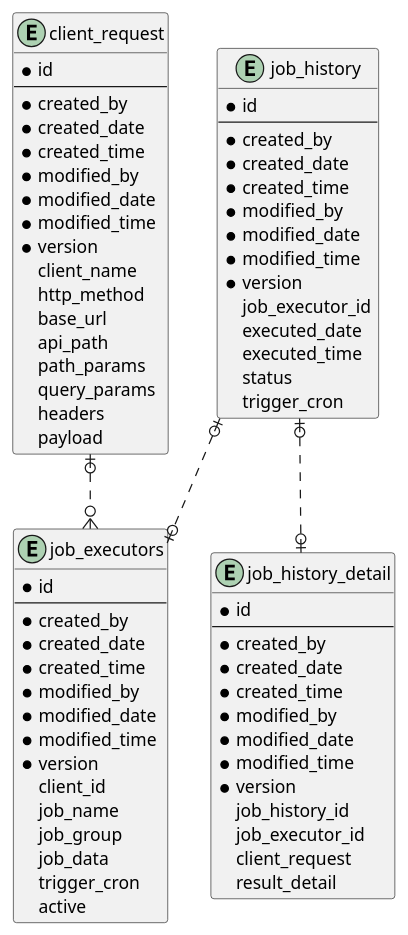
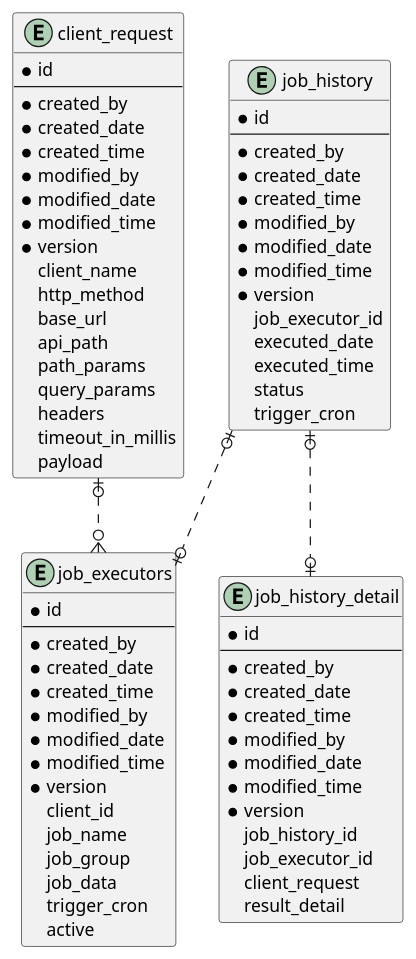
The diagram in static/erd.puml (nantaaditya/cron-scheduler), drawn with PlantUML before and after one commit. The commit also changed 17 other files, not shown here.

```diff
--- a/static/erd.puml
+++ b/static/erd.puml
@@ -1,77 +1,78 @@
 @startuml
 
 entity client_request {
   * id
   --
   * created_by
   * created_date
   * created_time
   * modified_by
   * modified_date
   * modified_time
   * version
   client_name
   http_method
   base_url
   api_path
   path_params
   query_params
   headers
+  timeout_in_millis
   payload
 }
 
 entity job_executors {
   * id
   --
   * created_by
   * created_date
   * created_time
   * modified_by
   * modified_date
   * modified_time
   * version
   client_id
   job_name
   job_group
   job_data
   trigger_cron
   active
 }
 
 entity job_history {
   * id
   --
   * created_by
   * created_date
   * created_time
   * modified_by
   * modified_date
   * modified_time
   * version
   job_executor_id
   executed_date
   executed_time
   status
   trigger_cron
 }
 
 entity job_history_detail {
   * id
   --
   * created_by
   * created_date
   * created_time
   * modified_by
   * modified_date
   * modified_time
   * version
   job_history_id
   job_executor_id
   client_request
   result_detail
 }
 
 client_request |o..o{ job_executors
 job_history |o..o| job_executors
 job_history |o..o| job_history_detail
 @enduml
```
